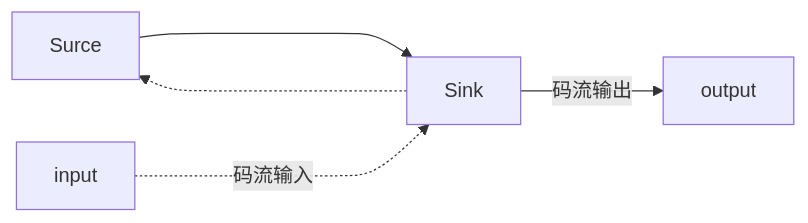
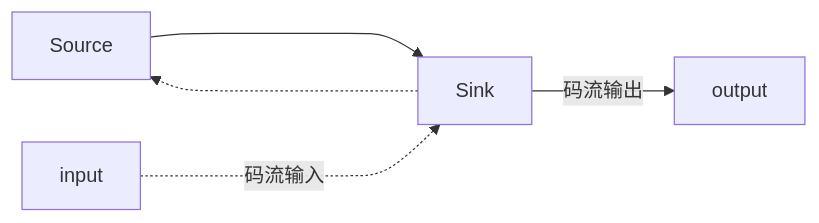
Before and after one commit to EZreal-zhangxing/live555_mpp_client: the diagram in README.md, drawn with Mermaid.

Commit message:
update note

````diff
--- a/README.md
+++ b/README.md
@@ -196,7 +196,7 @@
 ``` mermaid
 graph LR
 A[Source] ----> B[Sink]
-B[Sink] -...-> A[Surce]
+B[Sink] -...-> A[Source]
 B --> |码流输出|C[output]
 D[input] -...-> |码流输入|B
 ```
````
